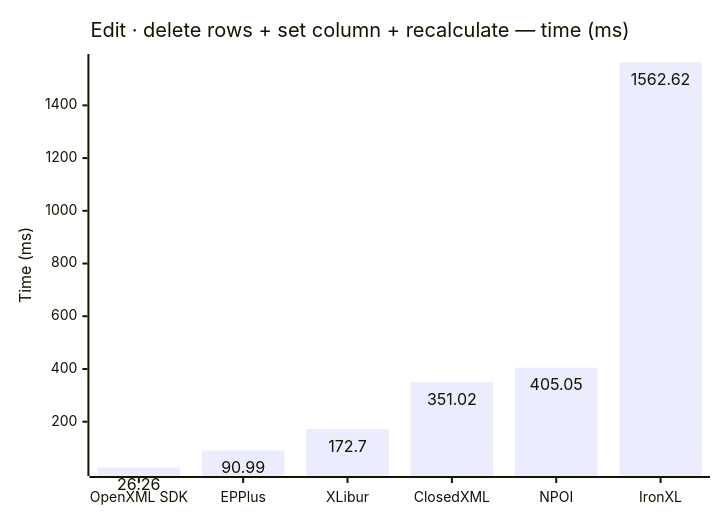
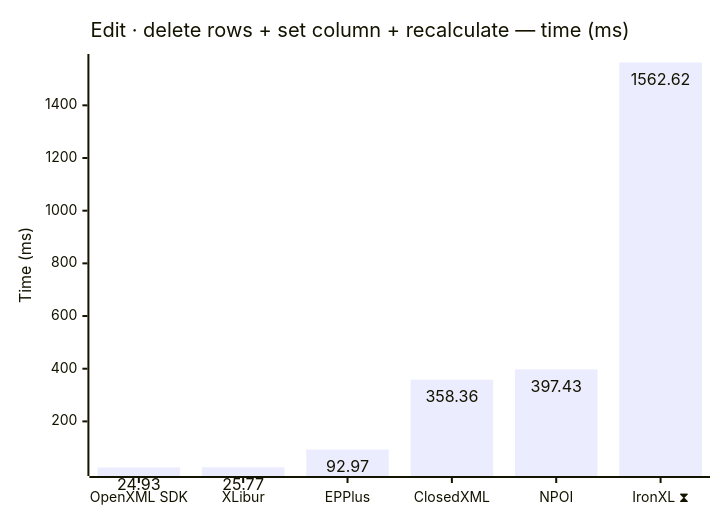
The ninth of 10 diagrams in docs/results.md (jafin/XLBench), drawn with Mermaid before and after one commit. The commit also changed other lines of this file and 2 other files, not shown here.

First line of the commit message:
docs: refresh benchmark results on XLibur 0.300.0

````diff
--- a/docs/results.md
+++ b/docs/results.md
@@ -139,12 +143,12 @@
 ```mermaid
 ---
 config:
   xyChart:
     showDataLabel: true
 ---
 xychart-beta
     title "Edit · delete rows + set column + recalculate — time (ms)"
-    x-axis ["OpenXML SDK", "EPPlus", "XLibur", "ClosedXML", "NPOI", "IronXL"]
+    x-axis ["OpenXML SDK", "XLibur", "EPPlus", "ClosedXML", "NPOI", "IronXL ⧗"]
     y-axis "Time (ms)"
-    bar [26.26, 90.99, 172.7, 351.02, 405.05, 1562.62]
+    bar [24.93, 25.77, 92.97, 358.36, 397.43, 1562.62]
 ```
````
